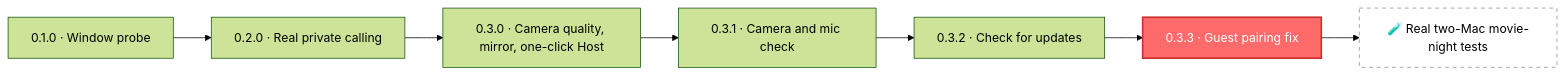
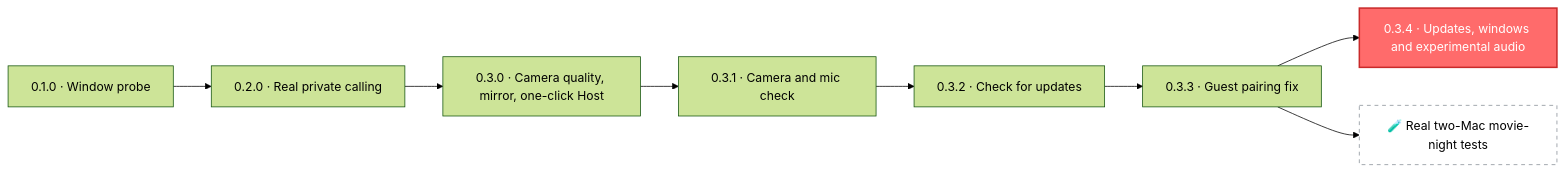
One commit to CemSarp/ZoomTime changed the seventh of 7 diagrams in README.md. Above: the diagram before and after it, drawn with Mermaid (forest theme). The commit also changed other lines of this file and 33 other files, not shown here.

````diff
--- a/README.md
+++ b/README.md
@@ -290,12 +291,13 @@
 ```mermaid
 flowchart LR
     V1["0.1.0 · Window probe"] --> V2["0.2.0 · Real private calling"]
     V2 --> V3["0.3.0 · Camera quality, mirror, one-click Host"]
     V3 --> V31["0.3.1 · Camera and mic check"]
     V31 --> V32["0.3.2 · Check for updates"]
-    V32 --> V33["0.3.3 · Guest pairing fix"]:::now
+    V32 --> V33["0.3.3 · Guest pairing fix"]
+    V33 --> V34["0.3.4 · Updates, windows and experimental audio"]:::now
     V33 --> NEXT["🧪 Real two-Mac movie-night tests"]:::next
 
     classDef now fill:#ff6b6b,stroke:#c92a2a,color:#fff,stroke-width:2px
     classDef next fill:#fff,stroke:#868e96,color:#000,stroke-dasharray: 5 5
 ```
````
